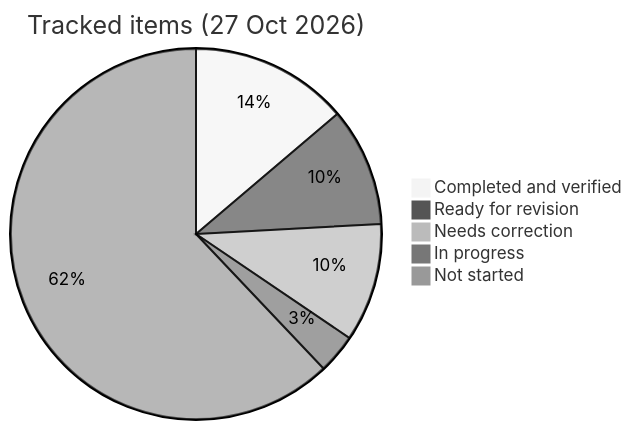
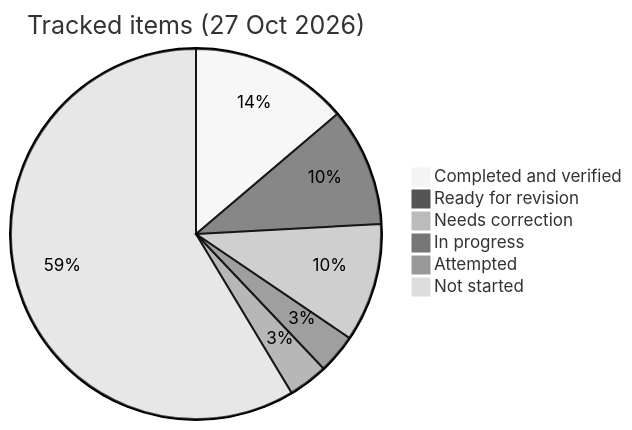
One commit to PrashantSury/java-switch-journey changed the diagram in PROGRESS.md. Above: the diagram before and after it, drawn with Mermaid (neutral theme). The commit also changed other lines of this file and 1 other file, not shown here.

````diff
--- a/PROGRESS.md
+++ b/PROGRESS.md
@@ -119,8 +119,9 @@
 ```mermaid
 pie title Tracked items (27 Oct 2026)
   "Completed and verified" : 4
   "Ready for revision" : 3
   "Needs correction" : 3
   "In progress" : 1
-  "Not started" : 18
+  "Attempted" : 1
+  "Not started" : 17
 ```
````
